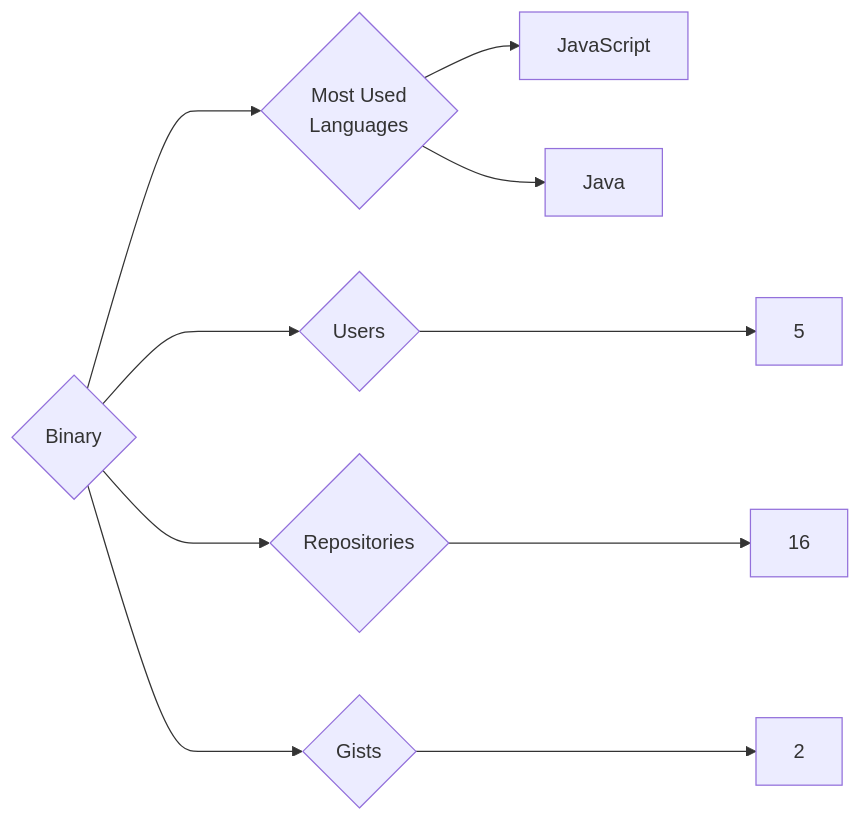
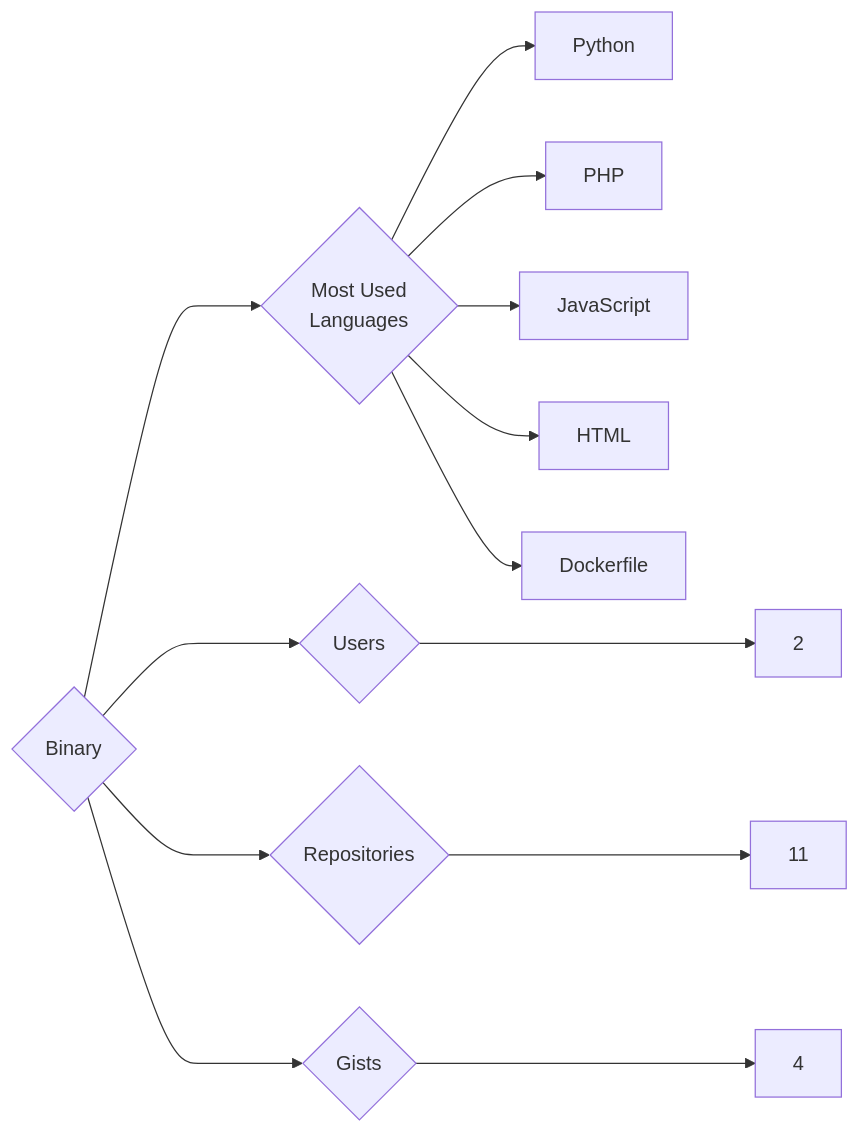
The diagram in targets/Binary/README.md (trickest/insiders), drawn with Mermaid before and after one commit. The commit also changed 809 other files, not shown here.

````diff
--- a/targets/Binary/README.md
+++ b/targets/Binary/README.md
@@ -3,10 +3,13 @@
 ```mermaid
 graph LR
 COMPANY_NAME{Binary}
-COMPANY_NAME ---> U{Users} ---> UN[5]
-COMPANY_NAME ---> R{Repositories} ---> RN[16]
-COMPANY_NAME ---> G{Gists} ---> GN[2]
+COMPANY_NAME ---> U{Users} ---> UN[2]
+COMPANY_NAME ---> R{Repositories} ---> RN[11]
+COMPANY_NAME ---> G{Gists} ---> GN[4]
 COMPANY_NAME ---> ML{Most Used<br>Languages}
+ML --> Python[Python]
+ML --> PHP[PHP]
 ML --> JavaScript[JavaScript]
-ML --> Java[Java]
+ML --> HTML[HTML]
+ML --> Dockerfile[Dockerfile]
 ```
````
